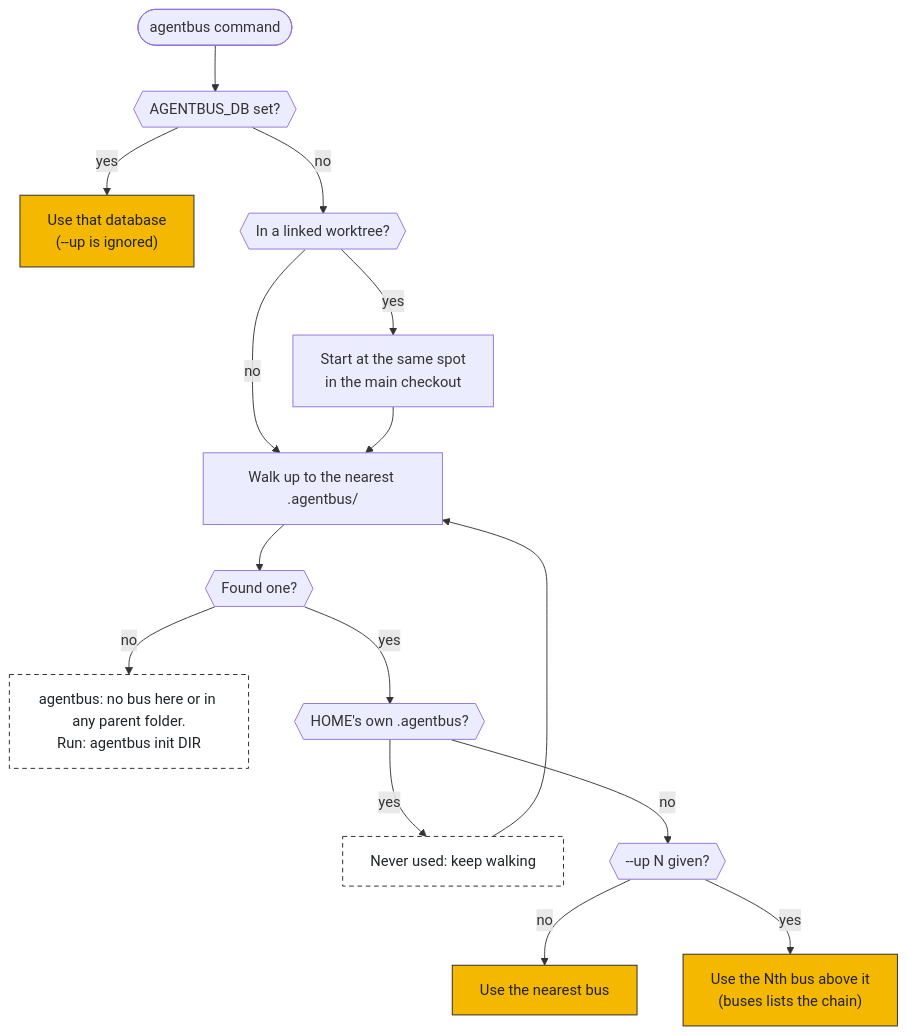
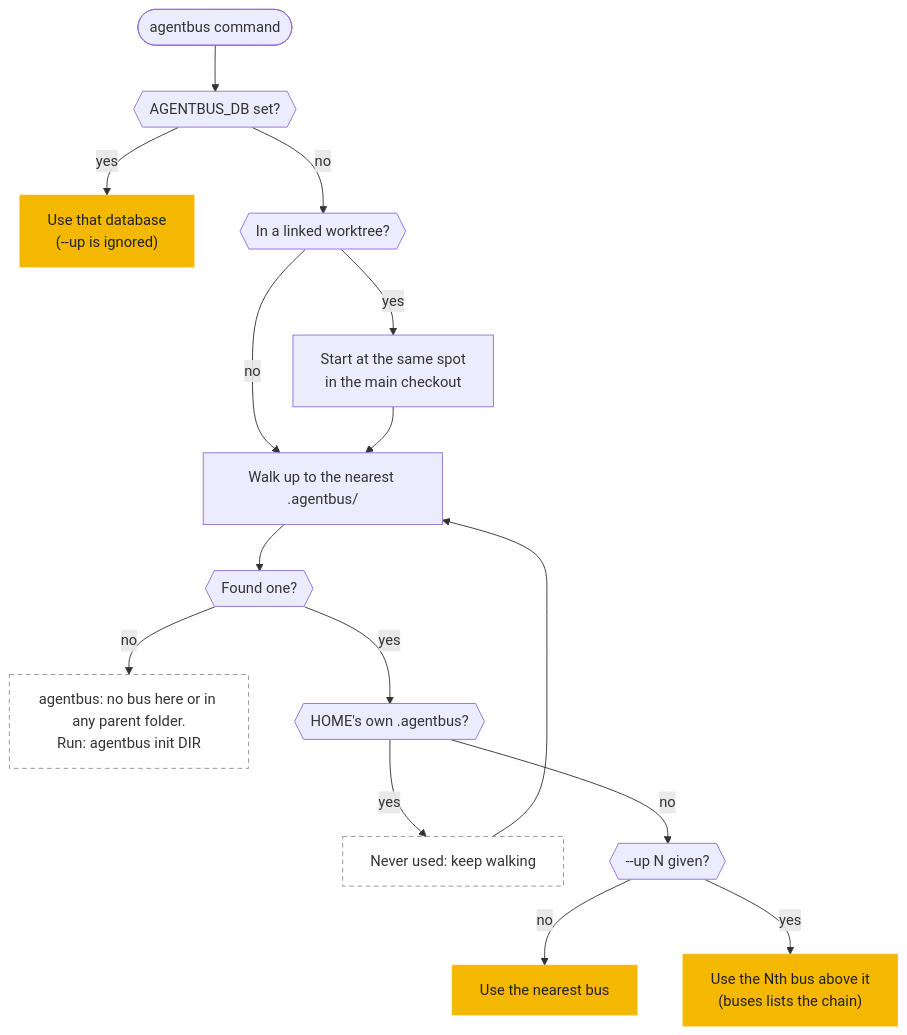
Before and after one commit to wickdninja/agentbus: the third of 3 diagrams in docs/workflow.md, drawn with Mermaid. The commit also changed other lines of this file and 29 other files, not shown here.

First line of the commit message:
docs: a hub diagram for how agents work together, light and dark

````diff
--- a/docs/workflow.md
+++ b/docs/workflow.md
@@ -79,22 +90,22 @@
 ```mermaid
 flowchart TD
     start(["agentbus command"]) --> env{{"AGENTBUS_DB set?"}}
     env -- yes --> useenv["Use that database<br/>(--up is ignored)"]
     env -- no --> wt{{"In a linked worktree?"}}
     wt -- yes --> main["Start at the same spot<br/>in the main checkout"]
     wt -- no --> walk
     main --> walk["Walk up to the nearest .agentbus/"]
     walk --> found{{"Found one?"}}
     found -- no --> none["agentbus: no bus here or in any parent folder.<br/>Run: agentbus init DIR"]
     found -- yes --> home{{"HOME's own .agentbus?"}}
     home -- yes --> skip["Never used: keep walking"]
     skip --> walk
     home -- no --> up{{"--up N given?"}}
     up -- no --> nearest["Use the nearest bus"]
     up -- yes --> outer["Use the Nth bus above it<br/>(buses lists the chain)"]
 
-    classDef ok fill:#F5B800,stroke:#1f2328,color:#1f2328;
-    classDef bad fill:#ffffff,stroke:#1f2328,color:#1f2328,stroke-dasharray: 5 4;
+    classDef ok fill:#F5B800,stroke:#F5B800,color:#1f2328;
+    classDef bad fill:transparent,stroke:#8b949e,stroke-dasharray: 5 4;
     class useenv,nearest,outer ok;
     class none,skip bad;
 ```
````
